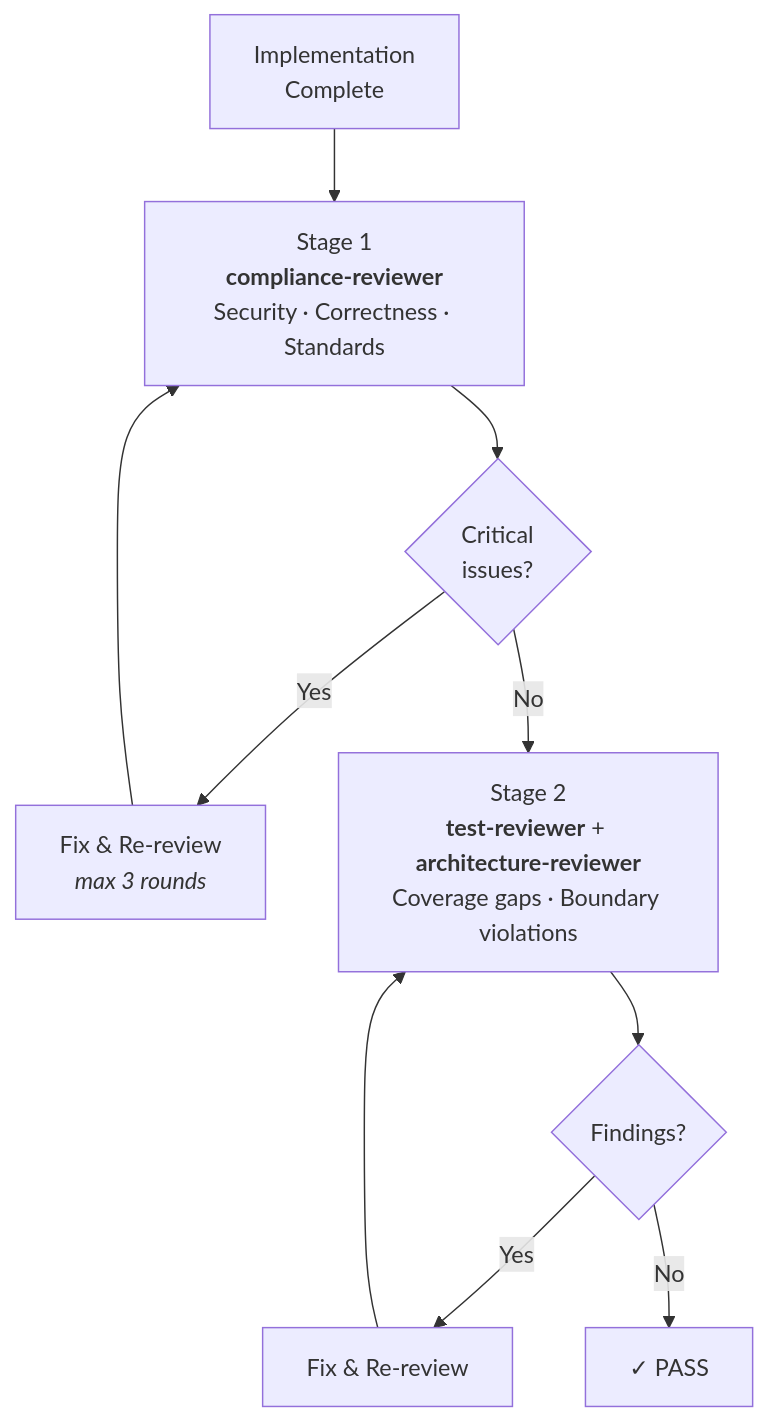
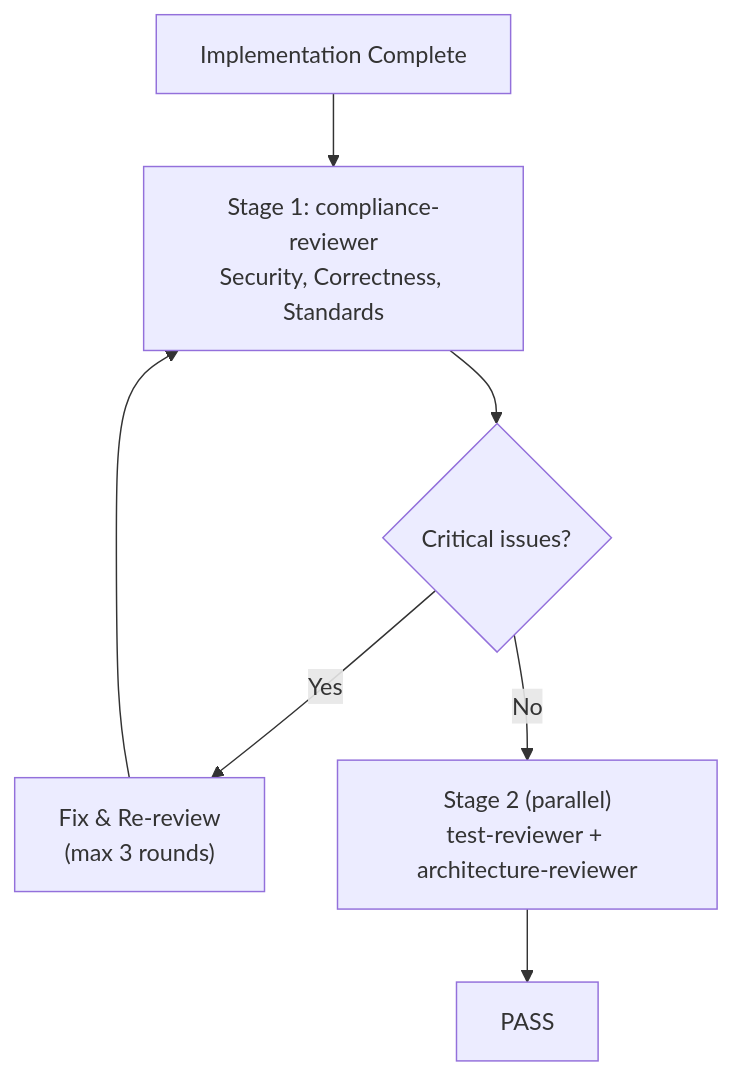
One commit to moberghr/mtk-agent-toolkit changed the second of 2 diagrams in README.md. Above: the diagram before and after it, drawn with Mermaid. The commit also changed other lines of this file, not shown here.

````diff
--- a/README.md
+++ b/README.md
@@ -302,18 +353,13 @@
 ```mermaid
 flowchart TD
-    DONE["Implementation<br/>Complete"] --> S1
+    DONE["Implementation Complete"] --> S1
 
-    S1["Stage 1<br/><b>compliance-reviewer</b><br/>Security · Correctness · Standards"]
-    S1 --> CHECK1{Critical<br/>issues?}
+    S1["Stage 1: compliance-reviewer<br/>Security, Correctness, Standards"]
+    S1 --> CHECK1{Critical issues?}
 
-    CHECK1 -- Yes --> FIX1["Fix & Re-review<br/><i>max 3 rounds</i>"]
+    CHECK1 -- Yes --> FIX1["Fix & Re-review<br/>(max 3 rounds)"]
     FIX1 --> S1
 
-    CHECK1 -- No --> S2["Stage 2<br/><b>test-reviewer</b> + <b>architecture-reviewer</b><br/>Coverage gaps · Boundary violations"]
-    S2 --> CHECK2{Findings?}
-
-    CHECK2 -- Yes --> FIX2["Fix & Re-review"]
-    FIX2 --> S2
-
-    CHECK2 -- No --> PASS["✓ PASS"]
+    CHECK1 -- No --> S2["Stage 2 (parallel)<br/>test-reviewer + architecture-reviewer"]
+    S2 --> PASS["PASS"]
 ```
````
